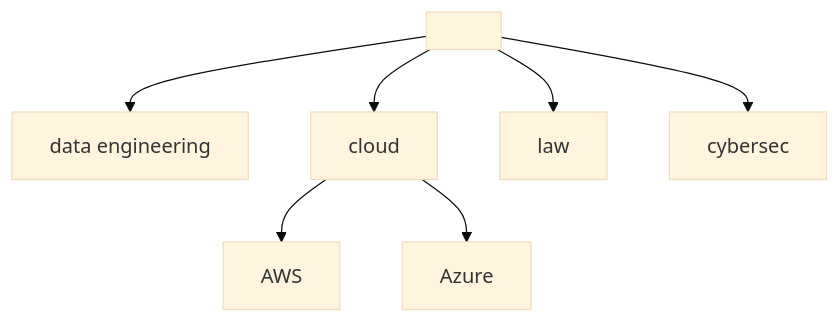
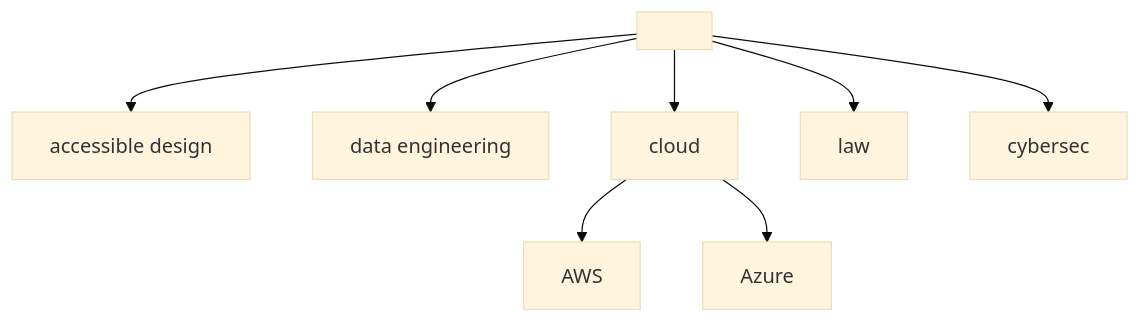
The diagram in README.md (thamerla/thamerla), drawn with Mermaid (base theme) before and after one commit.

Commit message:
Add new focus

````diff
--- a/README.md
+++ b/README.md
@@ -3,9 +3,10 @@
 ```mermaid
   graph TD;
+  focus-->ad[accessible design];
   focus[ ]-->di[data engineering];
   focus-->cloud;
   focus-->law;
   focus-->cybersec;
   cloud-->AWS;
   cloud-->Azure;
 ```
````
